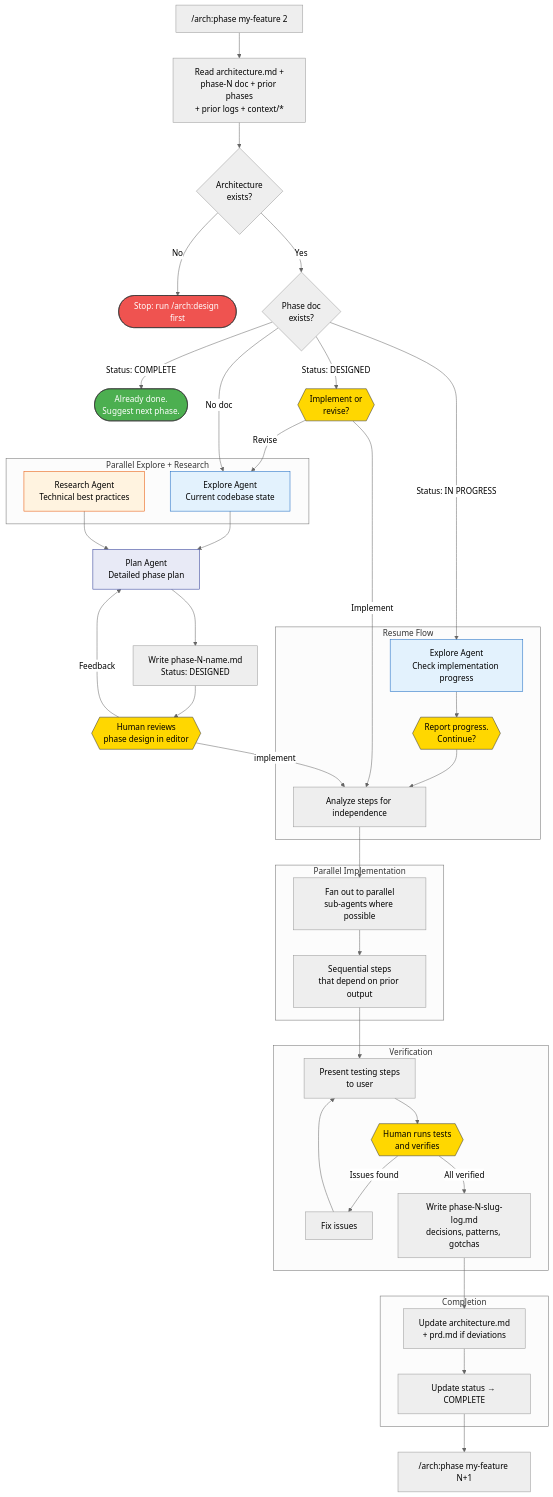
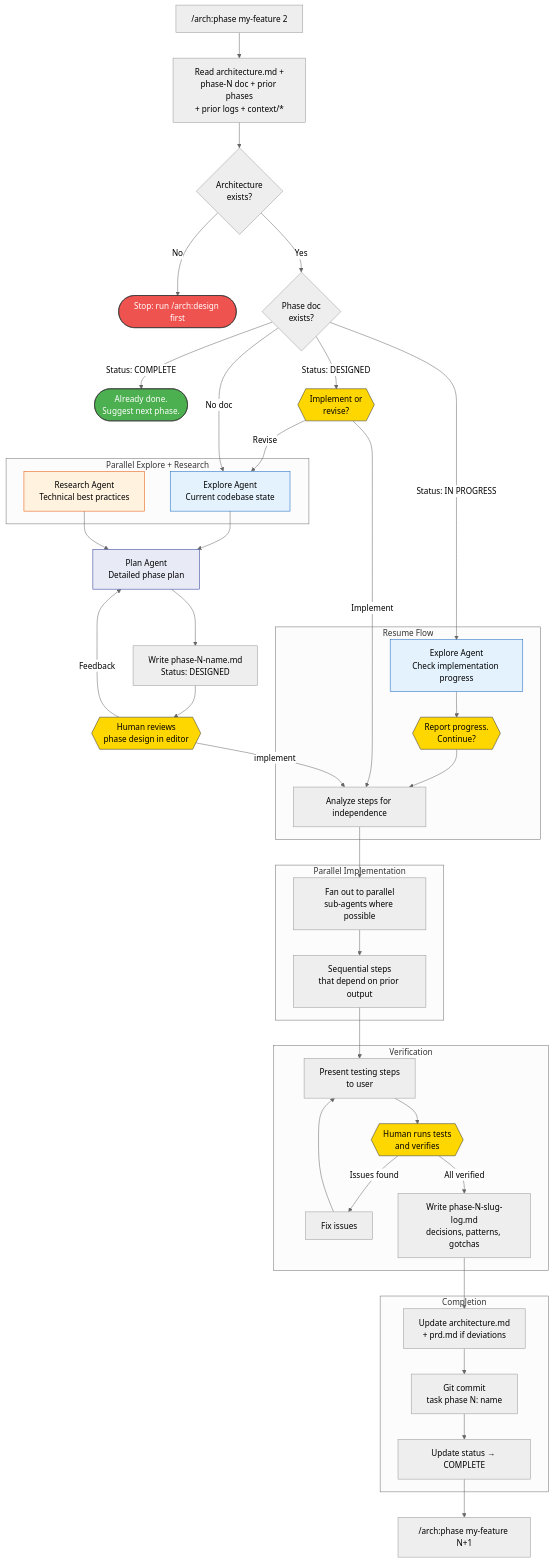
The seventh of 12 diagrams in docs/archflow-process.md (Aroton/ArchflowV2), drawn with Mermaid (neutral theme) before and after one commit. The commit also changed other lines of this file and 6 other files, not shown here.

First line of the commit message:
Align commands with process doc, add sub-agent efficiency, verification flow, and inter-phase learning

````diff
--- a/docs/archflow-process.md
+++ b/docs/archflow-process.md
@@ -237,66 +237,67 @@
 ```mermaid
 flowchart TD
     PH0["/arch:phase my-feature 2"] --> PH_read[Read architecture.md +<br/>phase-N doc + prior phases<br/>+ prior logs + context/*]
     PH_read --> PH_check{Architecture<br/>exists?}
     PH_check -->|No| PH_stop([Stop: run /arch:design first])
     PH_check -->|Yes| PH1{Phase doc<br/>exists?}
 
     PH1 -->|"Status: COMPLETE"| PH_done([Already done.<br/>Suggest next phase.])
     PH1 -->|"Status: IN PROGRESS"| PH_resume
 
     subgraph "Resume Flow"
         PH_resume[Explore Agent<br/>Check implementation progress] --> PH_report{{Report progress.<br/>Continue?}}
         PH_report --> PH_impl
     end
 
     PH1 -->|"Status: DESIGNED"| PH_ask{{Implement or<br/>revise?}}
     PH_ask -->|Revise| PH2
     PH_ask -->|Implement| PH_impl
 
     PH1 -->|No doc| PH2
 
     subgraph "Parallel Explore + Research"
         PH2[Explore Agent<br/>Current codebase state]
         PH3[Research Agent<br/>Technical best practices]
     end
 
     PH2 --> PH4
     PH3 --> PH4
 
     PH4[Plan Agent<br/>Detailed phase plan] --> PH5[Write phase-N-name.md<br/>Status: DESIGNED]
 
     PH5 --> PH6{{Human reviews<br/>phase design in editor}}
     PH6 -->|Feedback| PH4
     PH6 -->|"implement"| PH_impl
 
     subgraph "Parallel Implementation"
         PH_impl[Analyze steps for independence] --> PH_parallel[Fan out to parallel<br/>sub-agents where possible]
         PH_parallel --> PH_sequential[Sequential steps<br/>that depend on prior output]
     end
 
     PH_sequential --> PH_verify
 
     subgraph "Verification"
         PH_verify[Present testing steps<br/>to user] --> PH_human_test{{Human runs tests<br/>and verifies}}
         PH_human_test -->|Issues found| PH_fix[Fix issues] --> PH_verify
         PH_human_test -->|All verified| PH_log
     end
 
     subgraph "Completion"
         PH_log[Write phase-N-slug-log.md<br/>decisions, patterns, gotchas] --> PH_parent[Update architecture.md<br/>+ prd.md if deviations]
-        PH_parent --> PH_update[Update status → COMPLETE]
+        PH_parent --> PH_commit[Git commit<br/>task phase N: name]
+        PH_commit --> PH_update[Update status → COMPLETE]
     end
 
     PH_update --> PH_next["/arch:phase my-feature N+1"]
 
     style PH2 fill:#e3f2fd,stroke:#1565c0
     style PH3 fill:#fff3e0,stroke:#e65100
     style PH4 fill:#e8eaf6,stroke:#283593
     style PH_resume fill:#e3f2fd,stroke:#1565c0
     style PH6 fill:#ffd700,stroke:#333,color:#000
     style PH_ask fill:#ffd700,stroke:#333,color:#000
     style PH_report fill:#ffd700,stroke:#333,color:#000
     style PH_human_test fill:#ffd700,stroke:#333,color:#000
     style PH_stop fill:#ef5350,stroke:#333,color:#fff
     style PH_done fill:#4CAF50,stroke:#333,color:#fff
 ```
````
